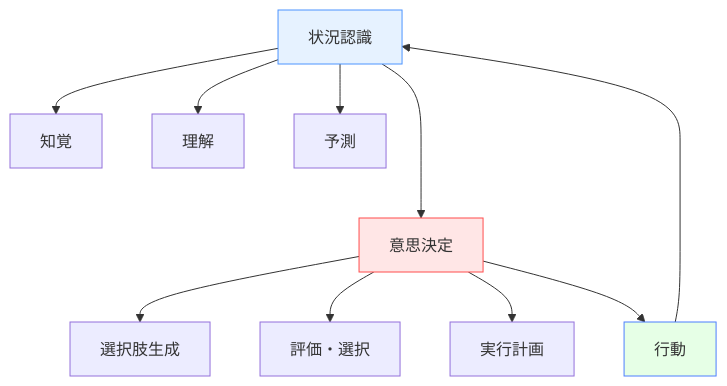
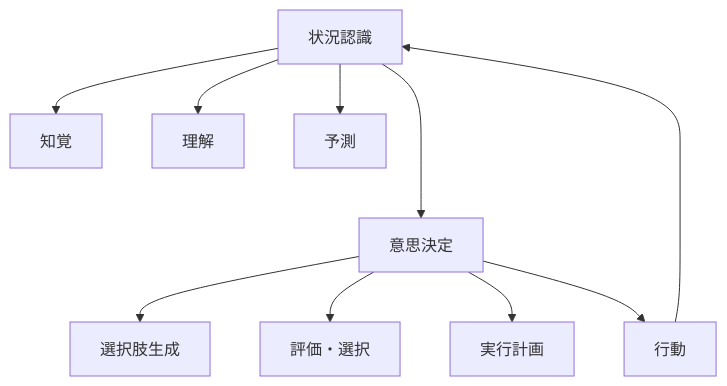
The second of 2 diagrams in docs/applications/index.md (shuji-bonji/Situational-Awareness-and-Decision-Making), drawn with Mermaid before and after one commit. The commit also changed other lines of this file and 49 other files, not shown here.

Commit message:
fix: ダークモードで見づらい図の色の変更

````diff
--- a/docs/applications/index.md
+++ b/docs/applications/index.md
@@ -144,18 +144,18 @@
 ```mermaid
 graph TB
     A[状況認識] ---> B[意思決定]
     C --> A
     
     A --> A1[知覚]
     A --> A2[理解]
     A --> A3[予測]
     
     B --> B1[選択肢生成]
     B --> B2[評価・選択]
     B --> B3[実行計画]
     B --> C[行動]
     
-    style A fill:#e6f2ff,stroke:#4d94ff
-    style B fill:#ffe6e6,stroke:#ff4d4d
-    style C fill:#e6ffe6,stroke:#4d7fff
+
+
+
 ```
````
